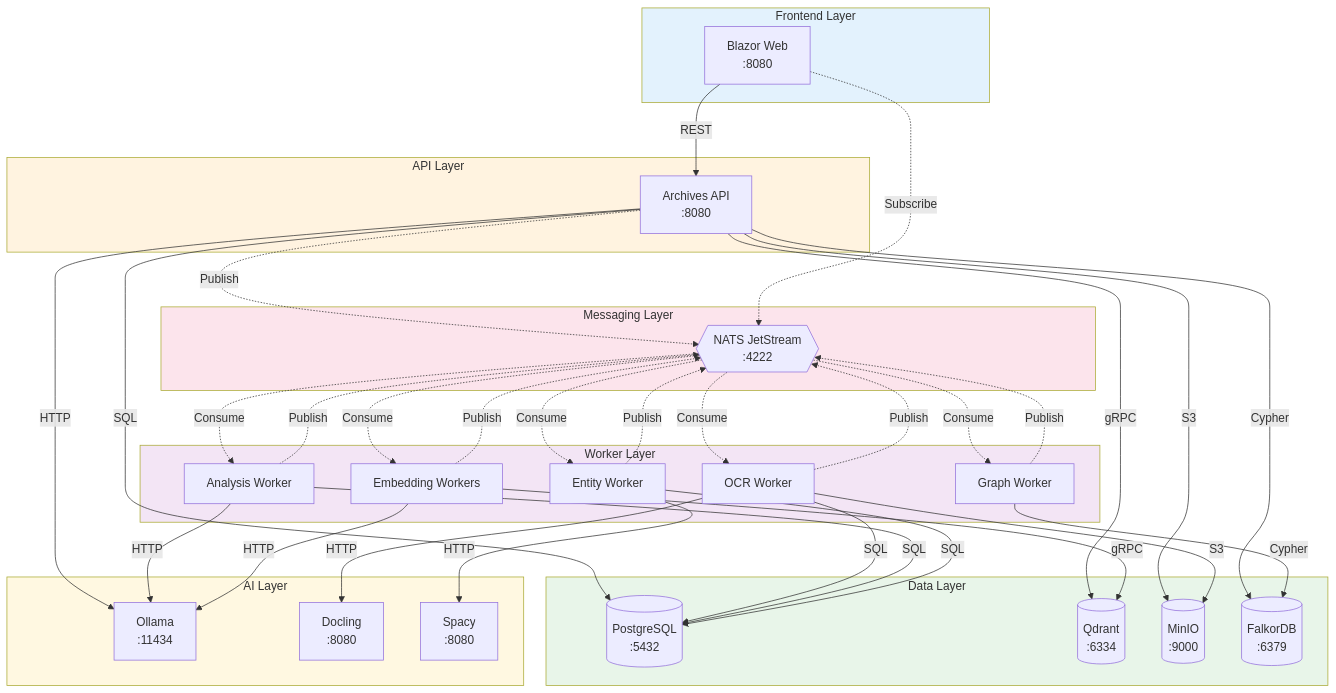
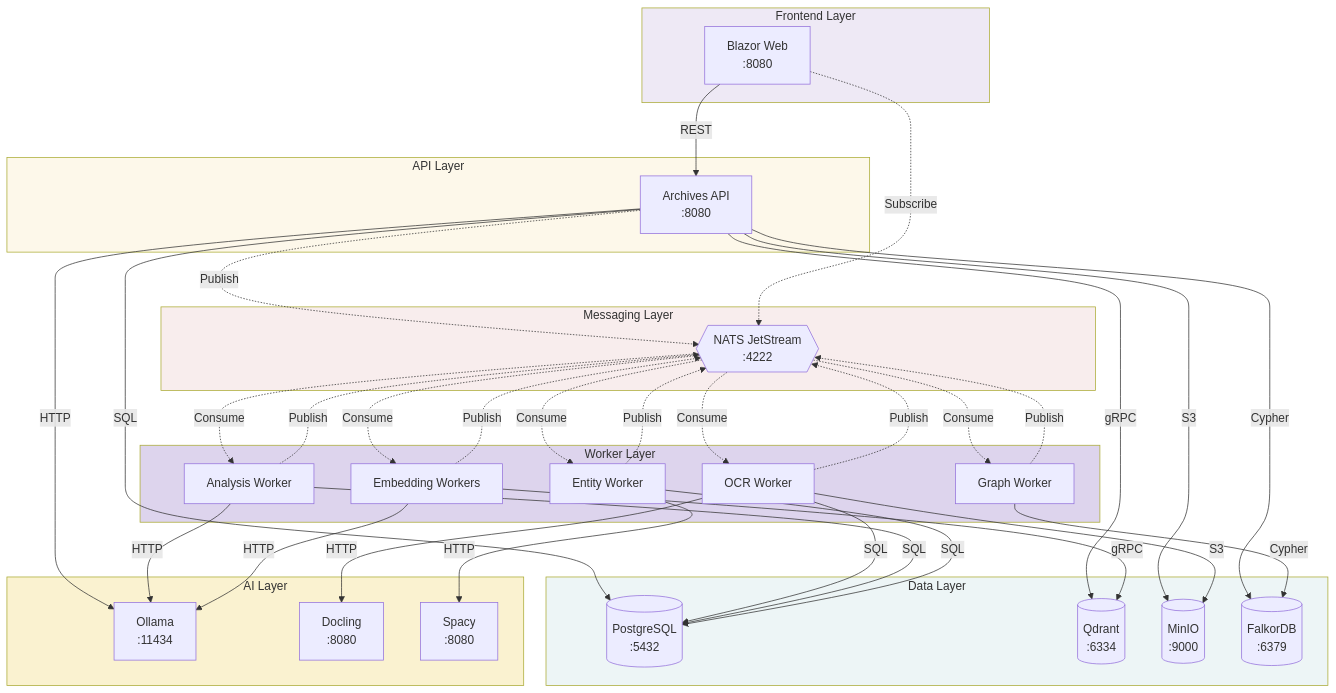
One commit to viktorrobin/bluerobin-blog changed the second of 4 diagrams in src/content/diagrams/microservices-communication.md. Above: the diagram before and after it, drawn with Mermaid. The commit also changed other lines of this file and 25 other files, not shown here.

````diff
--- a/src/content/diagrams/microservices-communication.md
+++ b/src/content/diagrams/microservices-communication.md
@@ -39,82 +39,82 @@
 ```mermaid
 flowchart TB
     subgraph Frontend["Frontend Layer"]
         Web["Blazor Web<br/>:8080"]
     end
 
     subgraph API["API Layer"]
         ArchivesAPI["Archives API<br/>:8080"]
     end
 
     subgraph Workers["Worker Layer"]
         OcrW["OCR Worker"]
         AnalysisW["Analysis Worker"]
         EmbeddingW["Embedding Workers"]
         NerW["Entity Worker"]
         GraphW["Graph Worker"]
     end
 
     subgraph Data["Data Layer"]
         PG[(PostgreSQL<br/>:5432)]
         Qdrant[(Qdrant<br/>:6334)]
         MinIO[(MinIO<br/>:9000)]
         FalkorDB[(FalkorDB<br/>:6379)]
     end
 
     subgraph Messaging["Messaging Layer"]
         NATS{{"NATS JetStream<br/>:4222"}}
     end
 
     subgraph AI["AI Layer"]
         Ollama["Ollama<br/>:11434"]
         Docling["Docling<br/>:8080"]
         Spacy["Spacy<br/>:8080"]
     end
 
     %% Sync connections
     Web -->|REST| ArchivesAPI
     ArchivesAPI -->|SQL| PG
     ArchivesAPI -->|gRPC| Qdrant
     ArchivesAPI -->|S3| MinIO
     ArchivesAPI -->|HTTP| Ollama
     ArchivesAPI -->|Cypher| FalkorDB
 
     %% Async connections (pub/sub)
     ArchivesAPI -.->|Publish| NATS
     Web -.->|Subscribe| NATS
     
     NATS -.->|Consume| OcrW
     NATS -.->|Consume| AnalysisW
     NATS -.->|Consume| EmbeddingW
     NATS -.->|Consume| NerW
     NATS -.->|Consume| GraphW
 
     OcrW -.->|Publish| NATS
     AnalysisW -.->|Publish| NATS
     EmbeddingW -.->|Publish| NATS
     NerW -.->|Publish| NATS
     GraphW -.->|Publish| NATS
 
     %% Worker to data
     OcrW -->|HTTP| Docling
     OcrW -->|S3| MinIO
     OcrW -->|SQL| PG
     
     AnalysisW -->|HTTP| Ollama
     AnalysisW -->|SQL| PG
     
     EmbeddingW -->|HTTP| Ollama
     EmbeddingW -->|gRPC| Qdrant
     
     NerW -->|HTTP| Spacy
     NerW -->|SQL| PG
     
     GraphW -->|Cypher| FalkorDB
 
-    style Frontend fill:#e3f2fd
-    style API fill:#fff3e0
-    style Workers fill:#f3e5f5
-    style Data fill:#e8f5e9
-    style Messaging fill:#fce4ec
-    style AI fill:#fff8e1
+    style Frontend fill:#eee9f5
+    style API fill:#fdf8ea
+    style Workers fill:#ddd4ed
+    style Data fill:#edf5f6
+    style Messaging fill:#f8eded
+    style AI fill:#faf2d0
 ```
````
